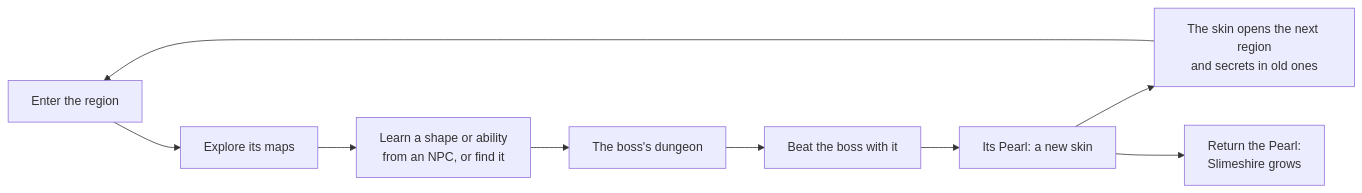
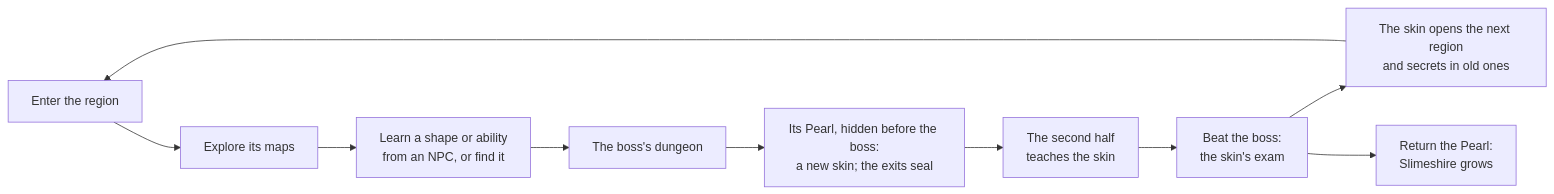
The diagram in docs/story/01-direction.md (jason840917gmail/Slime_Isa), drawn with Mermaid before and after one commit. The commit also changed other lines of this file and 213 other files, not shown here.

````diff
--- a/docs/story/01-direction.md
+++ b/docs/story/01-direction.md
@@ -272,11 +278,12 @@
 ```mermaid
 flowchart LR
   A[Enter the region] --> B[Explore its maps]
   B --> C[Learn a shape or ability<br/>from an NPC, or find it]
   C --> D[The boss's dungeon]
-  D --> E[Beat the boss with it]
-  E --> F[Its Pearl: a new skin]
-  F --> G[The skin opens the next region<br/>and secrets in old ones]
-  F --> H[Return the Pearl:<br/>Slimeshire grows]
+  D --> E[Its Pearl, hidden before the boss:<br/>a new skin; the exits seal]
+  E --> F[The second half<br/>teaches the skin]
+  F --> I[Beat the boss:<br/>the skin's exam]
+  I --> G[The skin opens the next region<br/>and secrets in old ones]
+  I --> H[Return the Pearl:<br/>Slimeshire grows]
   G --> A
 ```
````
